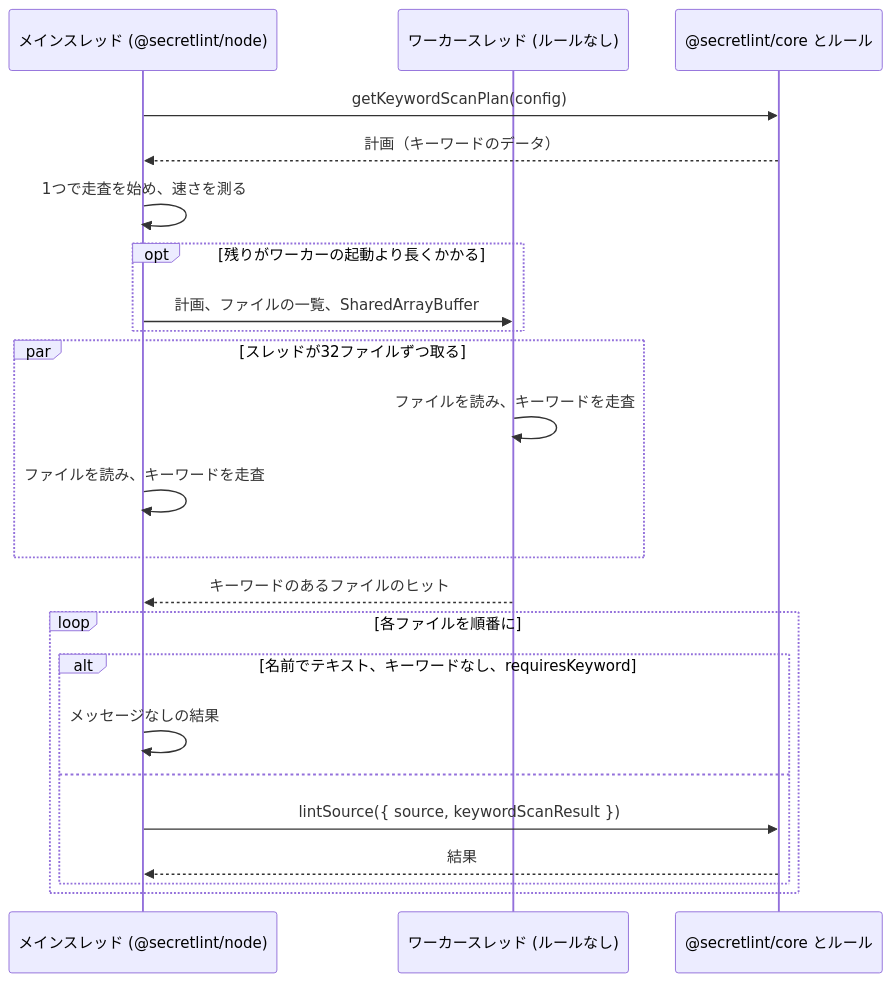
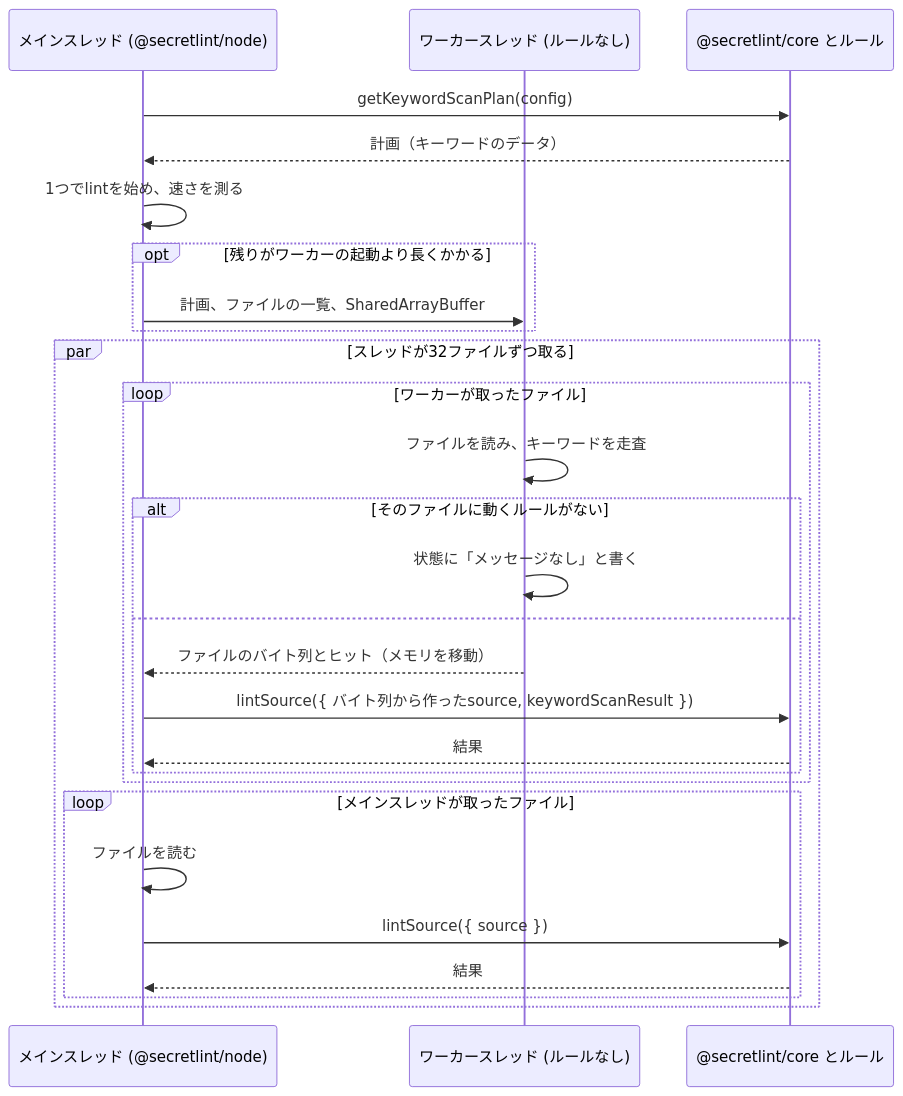
One commit to secretlint/secretlint changed the second of 2 diagrams in docs/products/secretlint/features/secret-scanning/design.ja.md. Above: the diagram before and after it, drawn with Mermaid. The commit also changed other lines of this file and 7 other files, not shown here.

````diff
--- a/docs/products/secretlint/features/secret-scanning/design.ja.md
+++ b/docs/products/secretlint/features/secret-scanning/design.ja.md
@@ -201,25 +210,29 @@
 ```mermaid
 sequenceDiagram
     participant Main as メインスレッド (@secretlint/node)
     participant Worker as ワーカースレッド (ルールなし)
     participant Core as @secretlint/core とルール
     Main->>Core: getKeywordScanPlan(config)
     Core-->>Main: 計画（キーワードのデータ）
-    Main->>Main: 1つで走査を始め、速さを測る
+    Main->>Main: 1つでlintを始め、速さを測る
     opt 残りがワーカーの起動より長くかかる
         Main->>Worker: 計画、ファイルの一覧、SharedArrayBuffer
     end
     par スレッドが32ファイルずつ取る
-        Worker->>Worker: ファイルを読み、キーワードを走査
-        Main->>Main: ファイルを読み、キーワードを走査
-    end
-    Worker-->>Main: キーワードのあるファイルのヒット
-    loop 各ファイルを順番に
-        alt 名前でテキスト、キーワードなし、requiresKeyword
-            Main->>Main: メッセージなしの結果
-        else
-            Main->>Core: lintSource({ source, keywordScanResult })
+        loop ワーカーが取ったファイル
+            Worker->>Worker: ファイルを読み、キーワードを走査
+            alt そのファイルに動くルールがない
+                Worker->>Worker: 状態に「メッセージなし」と書く
+            else
+                Worker-->>Main: ファイルのバイト列とヒット（メモリを移動）
+                Main->>Core: lintSource({ バイト列から作ったsource, keywordScanResult })
+                Core-->>Main: 結果
+            end
+        end
+        loop メインスレッドが取ったファイル
+            Main->>Main: ファイルを読む
+            Main->>Core: lintSource({ source })
             Core-->>Main: 結果
         end
     end
 ```
````
